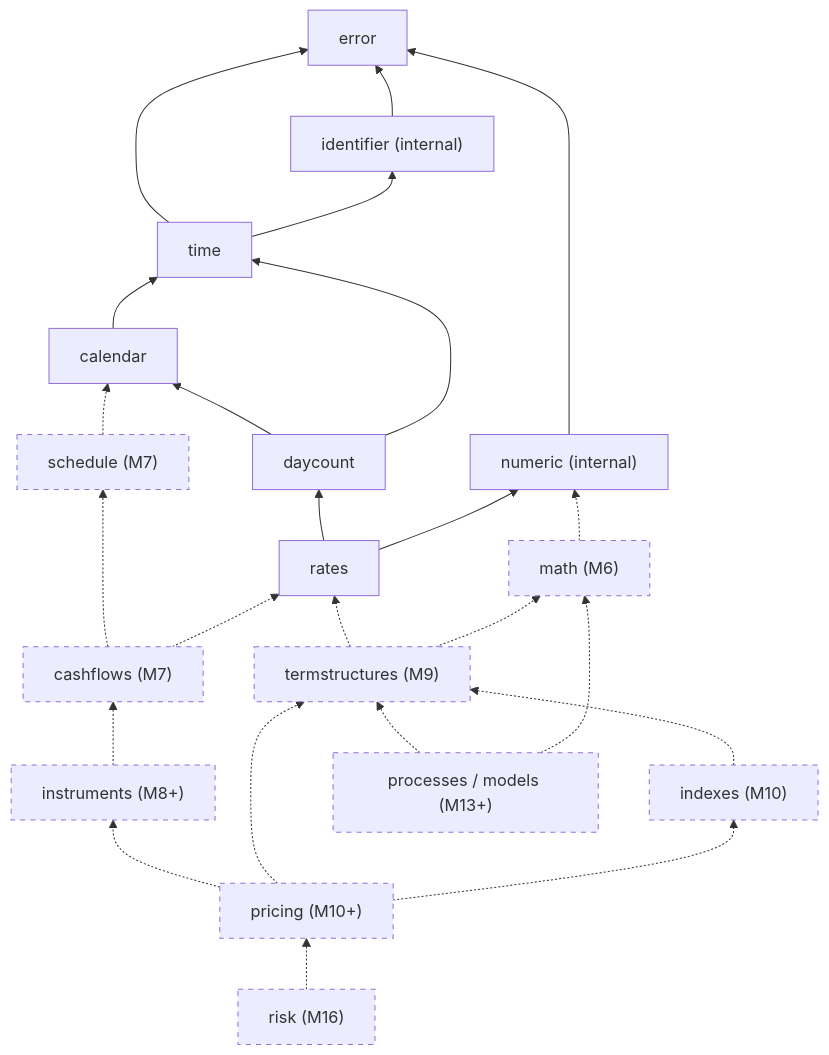
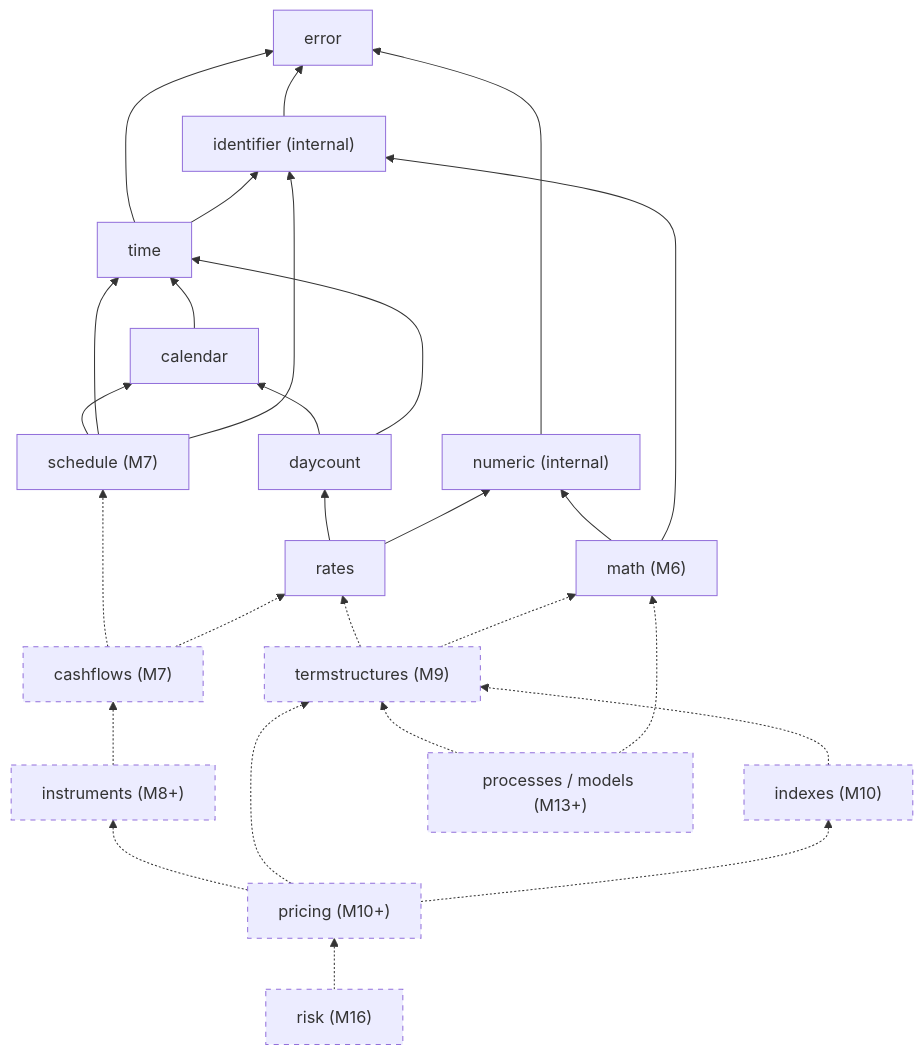
The diagram in docs/ARCHITECTURE.md (iceman951/sabiquant), drawn with Mermaid before and after one commit. The commit also changed other lines of this file and 23 other files, not shown here.

````diff
--- a/docs/ARCHITECTURE.md
+++ b/docs/ARCHITECTURE.md
@@ -202,44 +203,47 @@
 ```mermaid
 flowchart BT
   error["error"]
   numeric["numeric (internal)"]
   identifier["identifier (internal)"]
   time["time"]
   calendar["calendar"]
   daycount["daycount"]
   rates["rates"]
   math["math (M6)"]
   schedule["schedule (M7)"]
   cashflows["cashflows (M7)"]
   ts["termstructures (M9)"]
   indexes["indexes (M10)"]
   instruments["instruments (M8+)"]
   pricing["pricing (M10+)"]
   processes["processes / models (M13+)"]
   risk["risk (M16)"]
   numeric --> error
   identifier --> error
   time --> error
   time --> identifier
   calendar --> time
   daycount --> calendar
   daycount --> time
   rates --> daycount
   rates --> numeric
-  math -.-> numeric
-  schedule -.-> calendar
+  math --> numeric
+  math --> identifier
+  schedule --> calendar
+  schedule --> time
+  schedule --> identifier
   cashflows -.-> schedule
   cashflows -.-> rates
   ts -.-> rates
   ts -.-> math
   indexes -.-> ts
   instruments -.-> cashflows
   pricing -.-> instruments
   pricing -.-> ts
   pricing -.-> indexes
   processes -.-> ts
   processes -.-> math
   risk -.-> pricing
   classDef future stroke-dasharray: 5 5;
-  class math,schedule,cashflows,ts,indexes,instruments,pricing,processes,risk future;
+  class cashflows,ts,indexes,instruments,pricing,processes,risk future;
 ```
````
